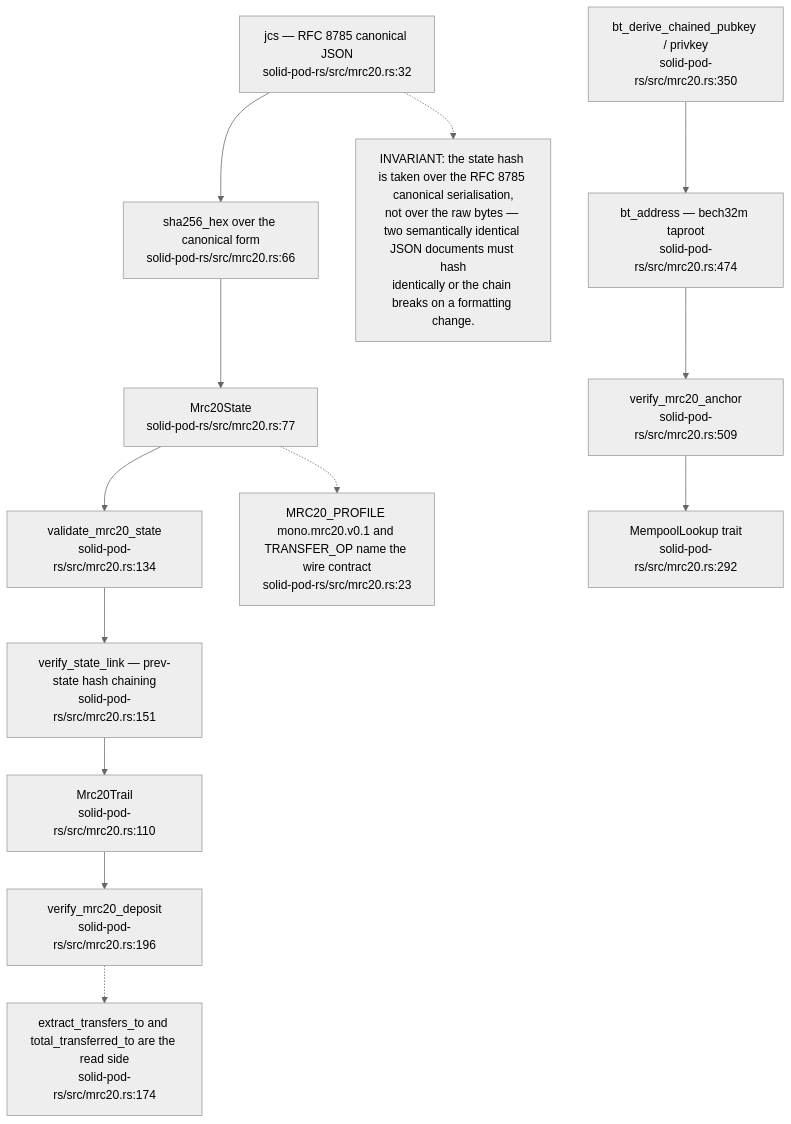
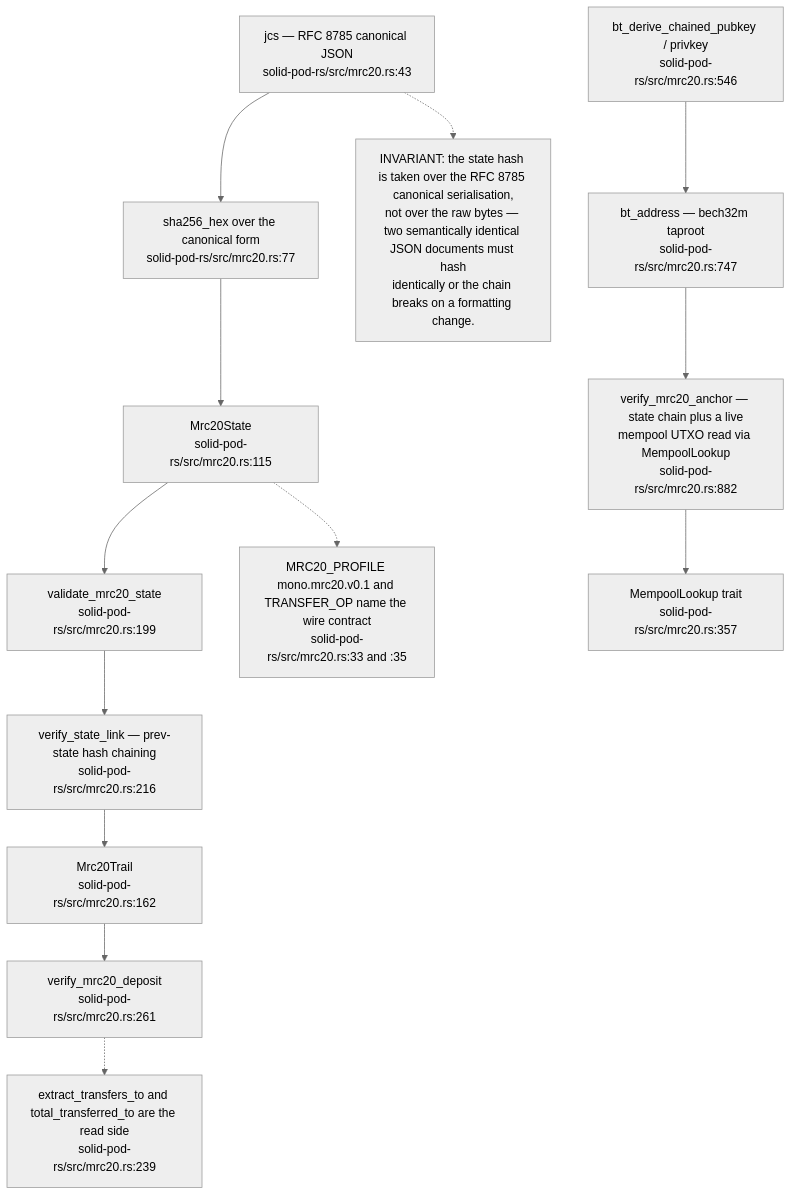
One commit to DreamLab-AI/VisionFlow changed the eighth of 17 diagrams in docs/diagrams/solid-pod-rs/07-provenance-and-payments.md. Above: the diagram before and after it, drawn with Mermaid (neutral theme). The commit also changed other lines of this file and 111 other files, not shown here.

Commit message:
docs(diagrams): align estate maps with current source

````diff
--- a/docs/diagrams/solid-pod-rs/07-provenance-and-payments.md
+++ b/docs/diagrams/solid-pod-rs/07-provenance-and-payments.md
@@ -231,25 +231,25 @@
 ```mermaid
 flowchart TD
-    JCS["jcs — RFC 8785 canonical JSON<br/>solid-pod-rs/src/mrc20.rs:32"]
-    SHA["sha256_hex over the canonical form<br/>solid-pod-rs/src/mrc20.rs:66"]
-    ST["Mrc20State<br/>solid-pod-rs/src/mrc20.rs:77"]
-    VAL["validate_mrc20_state<br/>solid-pod-rs/src/mrc20.rs:134"]
-    LNK["verify_state_link — prev-state hash chaining<br/>solid-pod-rs/src/mrc20.rs:151"]
-    TR["Mrc20Trail<br/>solid-pod-rs/src/mrc20.rs:110"]
-    DEP["verify_mrc20_deposit<br/>solid-pod-rs/src/mrc20.rs:196"]
-    KEY["bt_derive_chained_pubkey / privkey<br/>solid-pod-rs/src/mrc20.rs:350"]
-    ADDR["bt_address — bech32m taproot<br/>solid-pod-rs/src/mrc20.rs:474"]
-    VER["verify_mrc20_anchor<br/>solid-pod-rs/src/mrc20.rs:509"]
-    ML["MempoolLookup trait<br/>solid-pod-rs/src/mrc20.rs:292"]
+    JCS["jcs — RFC 8785 canonical JSON<br/>solid-pod-rs/src/mrc20.rs:43"]
+    SHA["sha256_hex over the canonical form<br/>solid-pod-rs/src/mrc20.rs:77"]
+    ST["Mrc20State<br/>solid-pod-rs/src/mrc20.rs:115"]
+    VAL["validate_mrc20_state<br/>solid-pod-rs/src/mrc20.rs:199"]
+    LNK["verify_state_link — prev-state hash chaining<br/>solid-pod-rs/src/mrc20.rs:216"]
+    TR["Mrc20Trail<br/>solid-pod-rs/src/mrc20.rs:162"]
+    DEP["verify_mrc20_deposit<br/>solid-pod-rs/src/mrc20.rs:261"]
+    KEY["bt_derive_chained_pubkey / privkey<br/>solid-pod-rs/src/mrc20.rs:546"]
+    ADDR["bt_address — bech32m taproot<br/>solid-pod-rs/src/mrc20.rs:747"]
+    VER["verify_mrc20_anchor — state chain plus a live<br/>mempool UTXO read via MempoolLookup<br/>solid-pod-rs/src/mrc20.rs:882"]
+    ML["MempoolLookup trait<br/>solid-pod-rs/src/mrc20.rs:357"]
 
     JCS --> SHA --> ST --> VAL --> LNK --> TR
     TR --> DEP
     KEY --> ADDR --> VER --> ML
 
     N["INVARIANT: the state hash is taken over the RFC 8785 canonical serialisation,<br/>not over the raw bytes — two semantically identical JSON documents must hash<br/>identically or the chain breaks on a formatting change."]
     JCS -.-> N
-    N2["MRC20_PROFILE mono.mrc20.v0.1 and TRANSFER_OP name the wire contract<br/>solid-pod-rs/src/mrc20.rs:23"]
+    N2["MRC20_PROFILE mono.mrc20.v0.1 and TRANSFER_OP name the wire contract<br/>solid-pod-rs/src/mrc20.rs:33 and :35"]
     ST -.-> N2
-    N3["extract_transfers_to and total_transferred_to are the read side<br/>solid-pod-rs/src/mrc20.rs:174"]
+    N3["extract_transfers_to and total_transferred_to are the read side<br/>solid-pod-rs/src/mrc20.rs:239"]
     DEP -.-> N3
 ```
````
